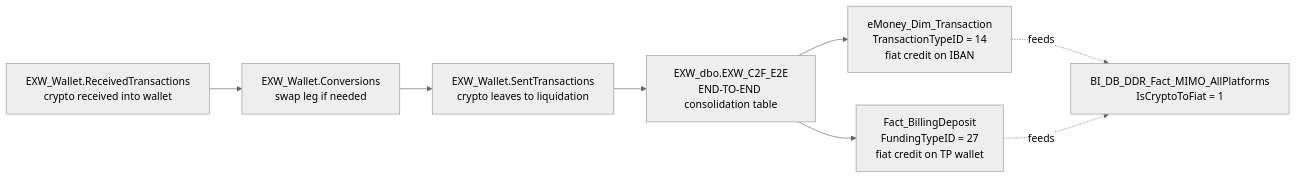
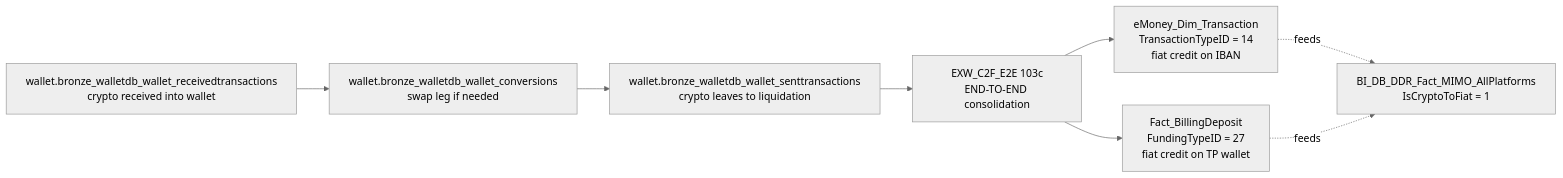
One commit to guyman-tr/Databricks_Knowledge changed the diagram in knowledge/skills/domain-cross/crypto-to-fiat.md. Above: the diagram before and after it, drawn with Mermaid (neutral theme). The commit also changed other lines of this file and 4 other files, not shown here.

````diff
--- a/knowledge/skills/domain-cross/crypto-to-fiat.md
+++ b/knowledge/skills/domain-cross/crypto-to-fiat.md
@@ -43,16 +102,16 @@
 ```mermaid
 graph LR
-    Recv[EXW_Wallet.ReceivedTransactions<br/>crypto received into wallet]
-    Conv[EXW_Wallet.Conversions<br/>swap leg if needed]
-    Sent[EXW_Wallet.SentTransactions<br/>crypto leaves to liquidation]
-    E2E[EXW_dbo.EXW_C2F_E2E<br/>END-TO-END consolidation table]
-    EmTx[eMoney_Dim_Transaction<br/>TransactionTypeID = 14<br/>fiat credit on IBAN]
-    BillD[Fact_BillingDeposit<br/>FundingTypeID = 27<br/>fiat credit on TP wallet]
-    MIMO[BI_DB_DDR_Fact_MIMO_AllPlatforms<br/>IsCryptoToFiat = 1]
+    Recv["wallet.bronze_walletdb_wallet_receivedtransactions<br/>crypto received into wallet"]
+    Conv["wallet.bronze_walletdb_wallet_conversions<br/>swap leg if needed"]
+    Sent["wallet.bronze_walletdb_wallet_senttransactions<br/>crypto leaves to liquidation"]
+    E2E["EXW_C2F_E2E 103c<br/>END-TO-END consolidation"]
+    EmTx["eMoney_Dim_Transaction<br/>TransactionTypeID = 14<br/>fiat credit on IBAN"]
+    BillD["Fact_BillingDeposit<br/>FundingTypeID = 27<br/>fiat credit on TP wallet"]
+    MIMO["BI_DB_DDR_Fact_MIMO_AllPlatforms<br/>IsCryptoToFiat = 1"]
 
     Recv --> Conv --> Sent --> E2E
     E2E --> EmTx
     E2E --> BillD
     EmTx -.feeds.-> MIMO
     BillD -.feeds.-> MIMO
 ```
````
